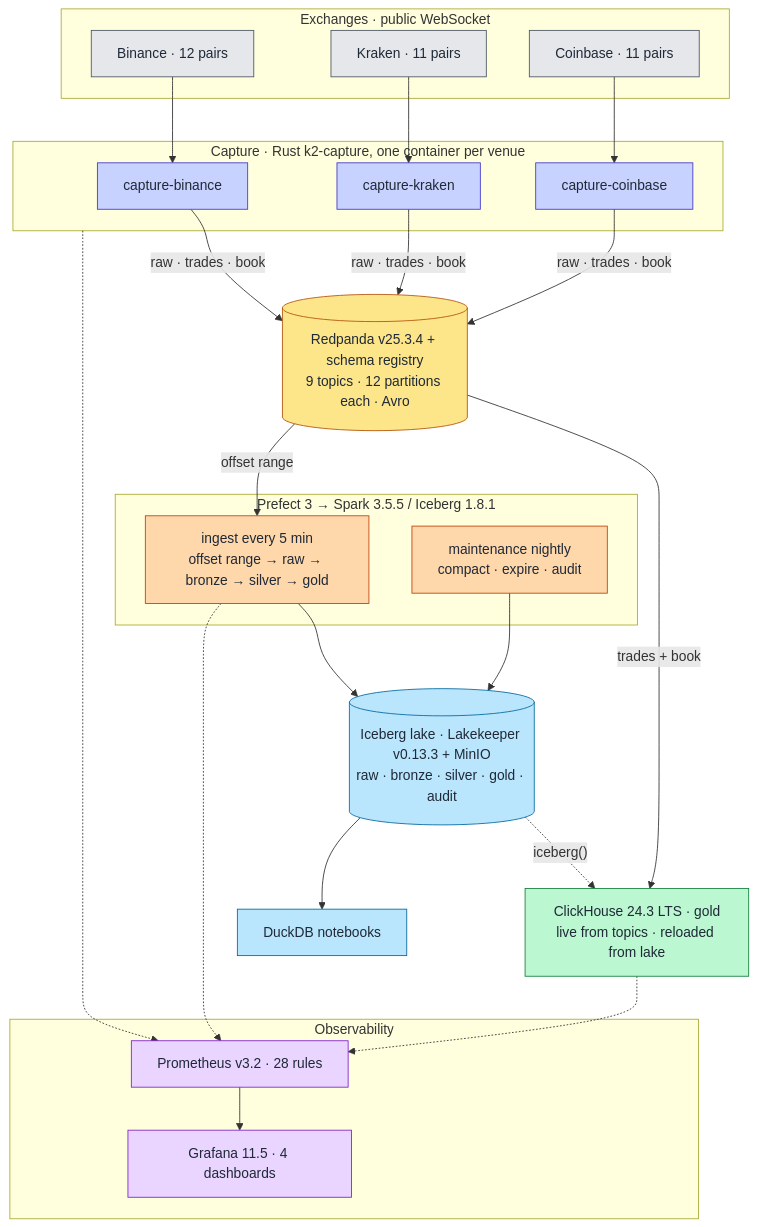
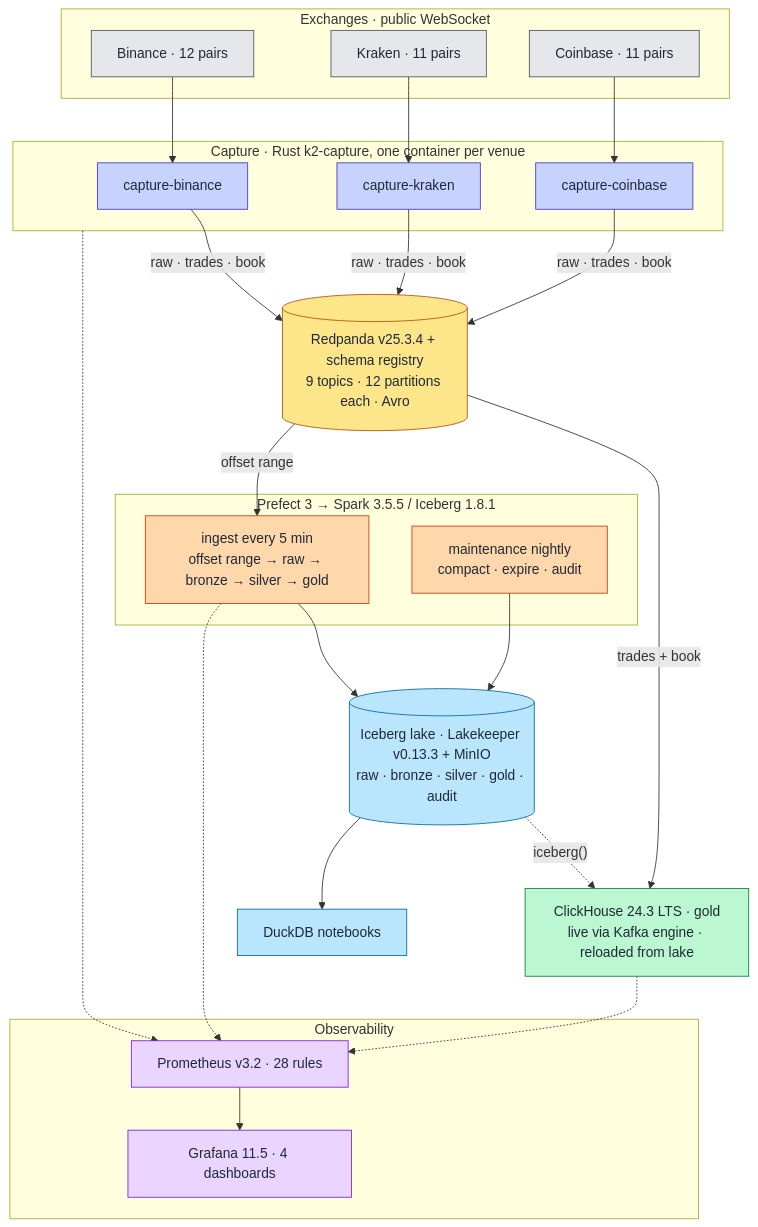
The diagram in docs/architecture/04-system-overview.md (rjdscott/k2-market-data-platform), drawn with Mermaid before and after one commit. The commit also changed other lines of this file and 22 other files, not shown here.

First line of the commit message:
docs(architecture): concept chapters, book voice for 04-11, review pass (#110)

````diff
--- a/docs/architecture/04-system-overview.md
+++ b/docs/architecture/04-system-overview.md
@@ -14,51 +28,51 @@
 ```mermaid
 flowchart TB
     subgraph EX["Exchanges · public WebSocket"]
         BIN["Binance · 12 pairs"]
         KRK["Kraken · 11 pairs"]
         CBS["Coinbase · 11 pairs"]
     end
     subgraph CAP["Capture · Rust k2-capture, one container per venue"]
         FHB["capture-binance"]
         FHK["capture-kraken"]
         FHC["capture-coinbase"]
     end
     RP[("Redpanda v25.3.4 + schema registry<br/>9 topics · 12 partitions each · Avro")]
     subgraph BATCH["Prefect 3 → Spark 3.5.5 / Iceberg 1.8.1"]
         ING["ingest every 5 min<br/>offset range → raw → bronze → silver → gold"]
         MNT["maintenance nightly<br/>compact · expire · audit"]
     end
     ICE[("Iceberg lake · Lakekeeper v0.13.3 + MinIO<br/>raw · bronze · silver · gold · audit")]
-    CH["ClickHouse 24.3 LTS · gold<br/>live from topics · reloaded from lake"]
+    CH["ClickHouse 24.3 LTS · gold<br/>live via Kafka engine · reloaded from lake"]
     NB["DuckDB notebooks"]
     subgraph OBS["Observability"]
         PR["Prometheus v3.2 · 28 rules"]
         GR["Grafana 11.5 · 4 dashboards"]
     end
 
     BIN --> FHB
     KRK --> FHK
     CBS --> FHC
     FHB & FHK & FHC -->|"raw · trades · book"| RP
     RP -->|"trades + book"| CH
     RP -->|"offset range"| ING --> ICE
     MNT --> ICE
     ICE -.->|"iceberg()"| CH
     ICE --> NB
     CAP & CH & ING -.-> PR --> GR
 
     classDef ex fill:#e5e7eb,stroke:#4b5563,color:#1f2937
     classDef rs fill:#c7d2fe,stroke:#4338ca,color:#1f2937
     classDef rp fill:#fde68a,stroke:#b45309,color:#1f2937
     classDef ch fill:#bbf7d0,stroke:#15803d,color:#1f2937
     classDef sp fill:#fed7aa,stroke:#c2410c,color:#1f2937
     classDef lk fill:#bae6fd,stroke:#0369a1,color:#1f2937
     classDef ob fill:#e9d5ff,stroke:#7e22ce,color:#1f2937
     class BIN,KRK,CBS ex
     class FHB,FHK,FHC rs
     class RP rp
     class CH ch
     class ING,MNT sp
     class ICE,NB lk
     class PR,GR ob
 ```
````
